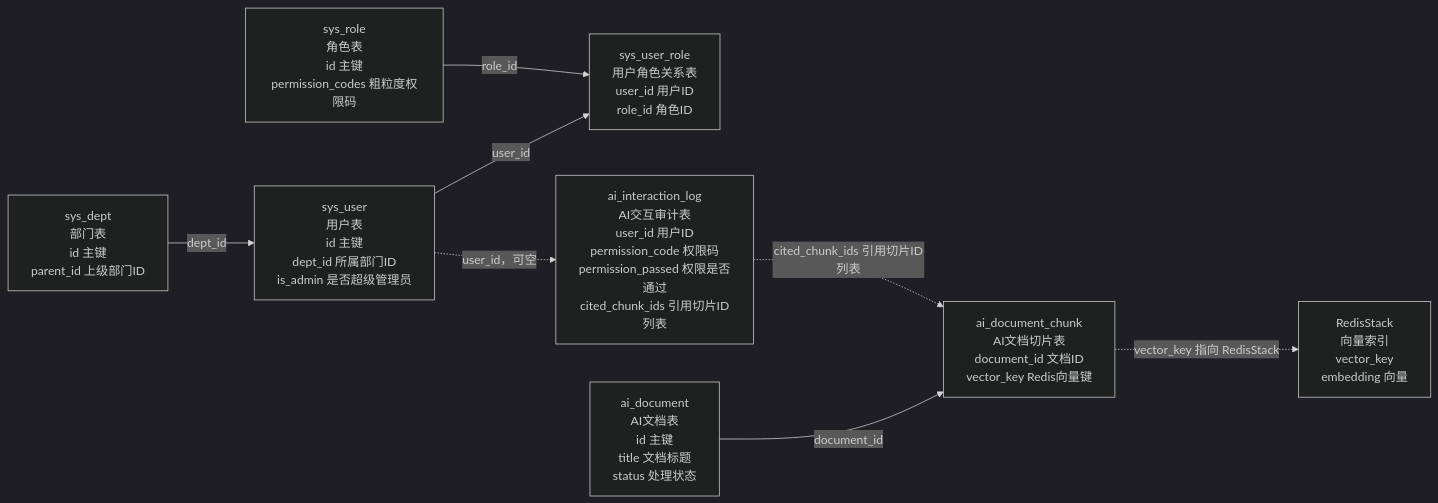
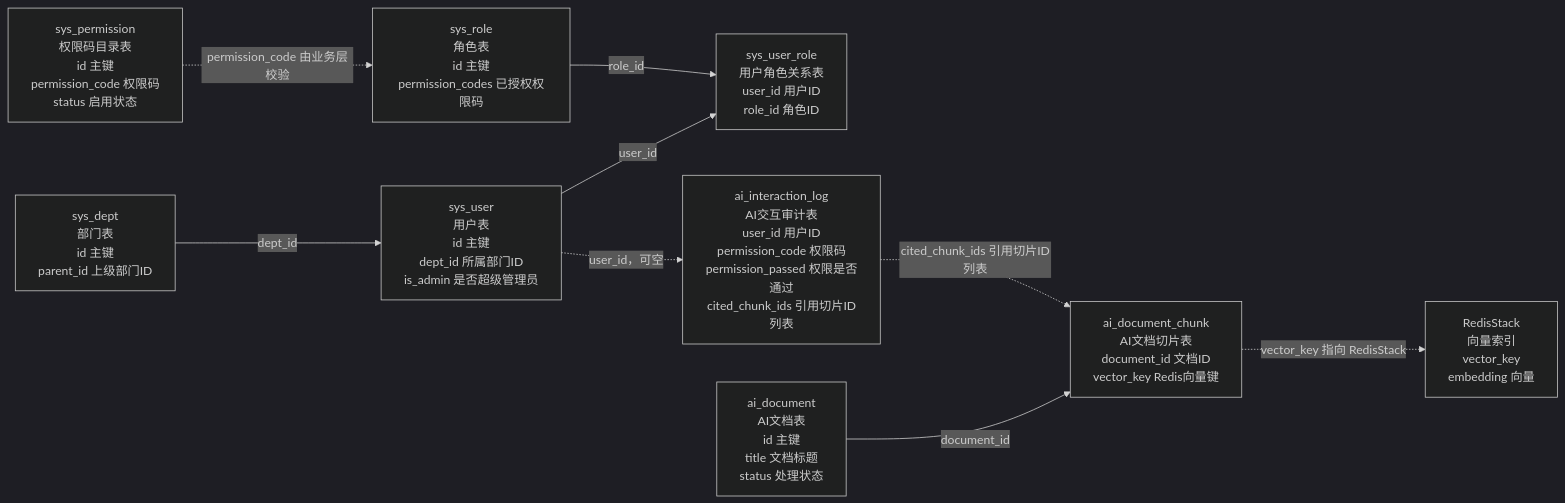
One commit to LI-S-H/qiheng-erp changed the fifth of 11 diagrams in docs/database/mvp-database-design-overview.md. Above: the diagram before and after it, drawn with Mermaid (dark theme). The commit also changed other lines of this file and 195 other files, not shown here.

````diff
--- a/docs/database/mvp-database-design-overview.md
+++ b/docs/database/mvp-database-design-overview.md
@@ -632,19 +633,21 @@
 ```mermaid
 flowchart LR
     dept["sys_dept<br/>部门表<br/>id 主键<br/>parent_id 上级部门ID"]
     user["sys_user<br/>用户表<br/>id 主键<br/>dept_id 所属部门ID<br/>is_admin 是否超级管理员"]
-    role["sys_role<br/>角色表<br/>id 主键<br/>permission_codes 粗粒度权限码"]
+    role["sys_role<br/>角色表<br/>id 主键<br/>permission_codes 已授权权限码"]
+    permission["sys_permission<br/>权限码目录表<br/>id 主键<br/>permission_code 权限码<br/>status 启用状态"]
     userRole["sys_user_role<br/>用户角色关系表<br/>user_id 用户ID<br/>role_id 角色ID"]
     doc["ai_document<br/>AI文档表<br/>id 主键<br/>title 文档标题<br/>status 处理状态"]
     chunk["ai_document_chunk<br/>AI文档切片表<br/>document_id 文档ID<br/>vector_key Redis向量键"]
     log["ai_interaction_log<br/>AI交互审计表<br/>user_id 用户ID<br/>permission_code 权限码<br/>permission_passed 权限是否通过<br/>cited_chunk_ids 引用切片ID列表"]
     redis["RedisStack<br/>向量索引<br/>vector_key<br/>embedding 向量"]
 
     dept -->|"dept_id"| user
     user -->|"user_id"| userRole
     role -->|"role_id"| userRole
+    permission -.->|"permission_code 由业务层校验"| role
     doc -->|"document_id"| chunk
     chunk -.->|"vector_key 指向 RedisStack"| redis
     log -.->|"cited_chunk_ids 引用切片ID列表"| chunk
     user -.->|"user_id，可空"| log
 ```
````
